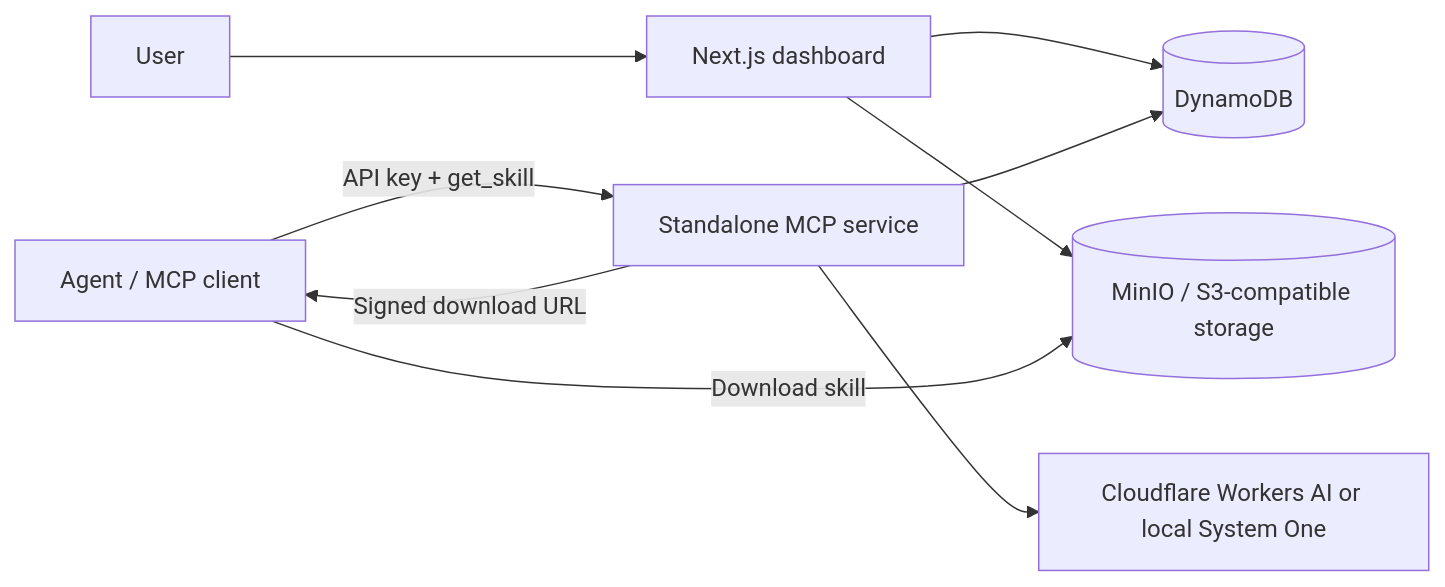
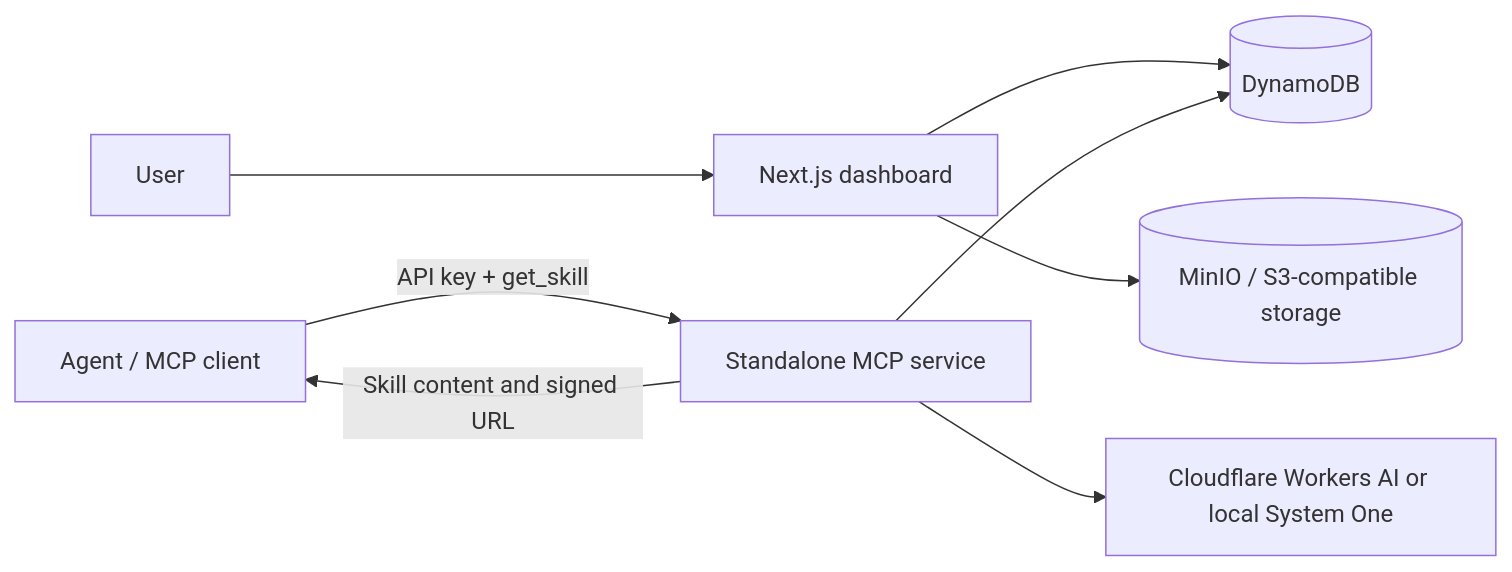
One commit to sanjaykannan8/Snap changed the diagram in README.md. Above: the diagram before and after it, drawn with Mermaid. The commit also changed other lines of this file and 10 other files, not shown here.

````diff
--- a/README.md
+++ b/README.md
@@ -25,11 +25,10 @@
 ```mermaid
 flowchart LR
     U[User] --> W[Next.js dashboard]
     W --> D[(DynamoDB)]
     W --> S[(MinIO / S3-compatible storage)]
     A[Agent / MCP client] -->|API key + get_skill| M[Standalone MCP service]
     M --> D
     M --> C[Cloudflare Workers AI or local System One]
-    M -->|Signed download URL| A
-    A -->|Download skill| S
+    M -->|Skill content and signed URL| A
 ```
````
